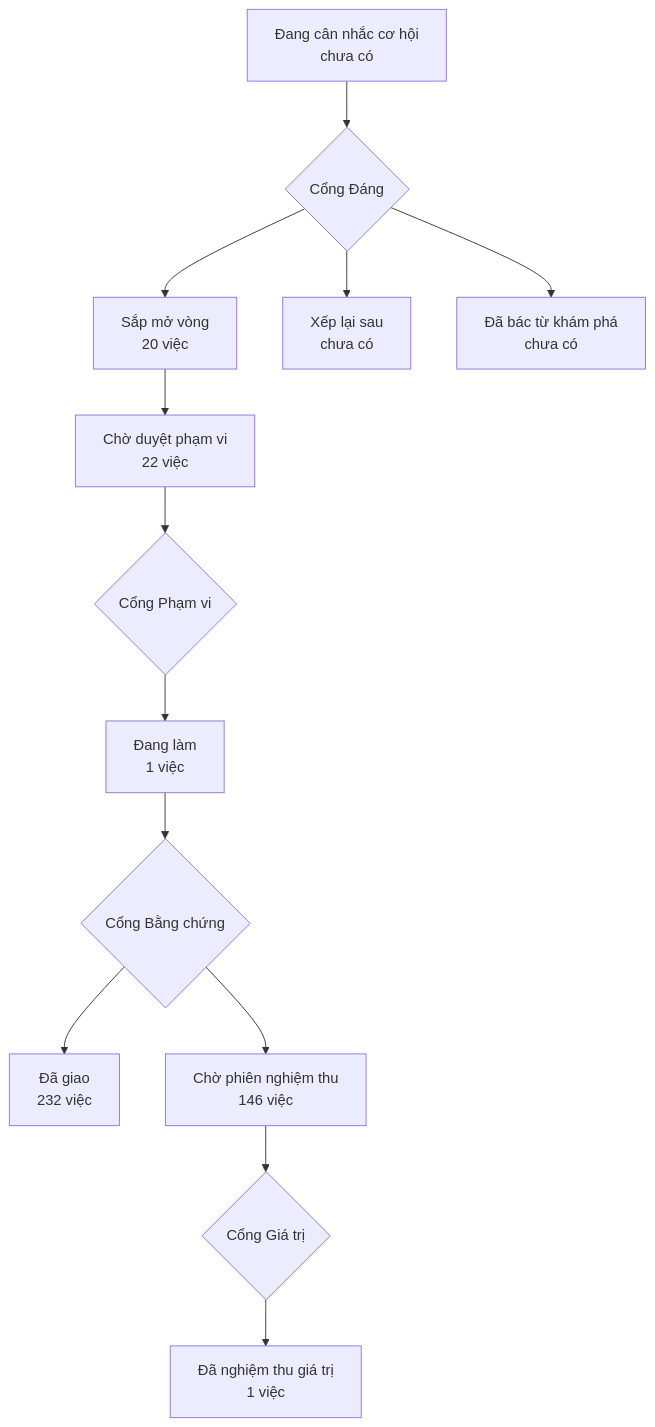
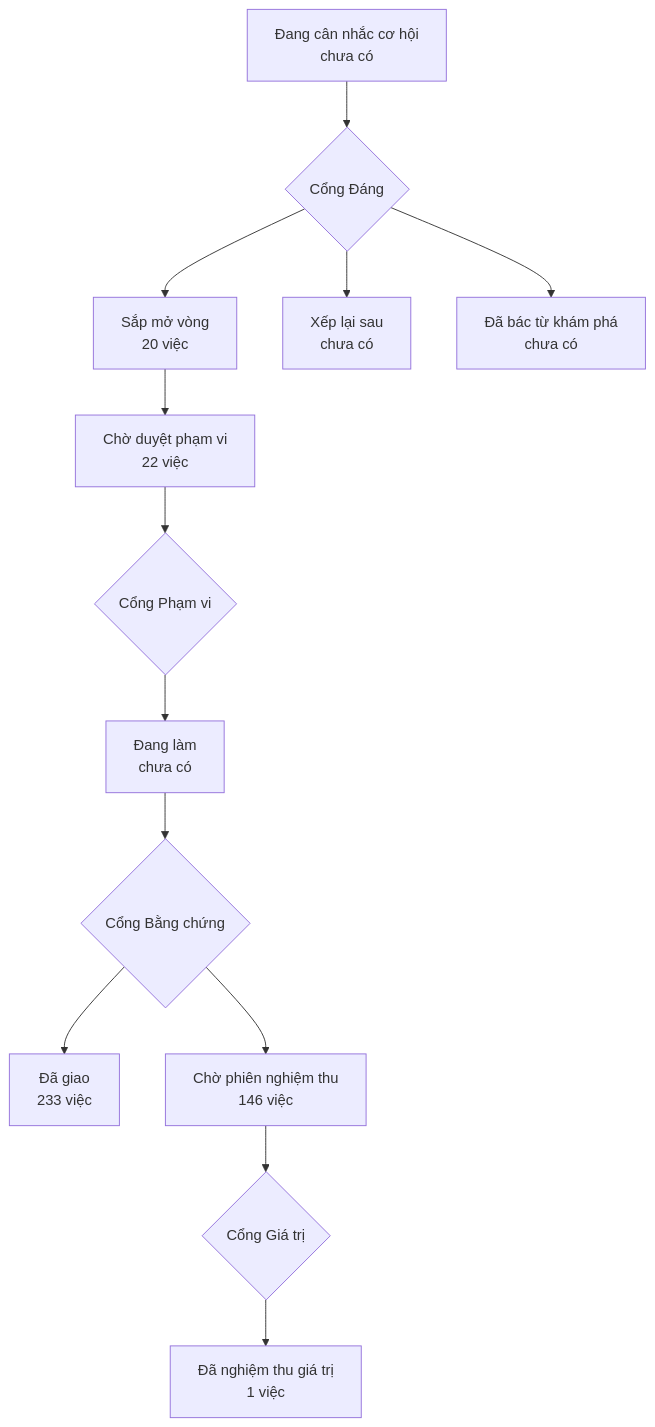
Before and after one commit to phanlemanh/onehub-invest: the diagram in PRODUCT-MAP.md, drawn with Mermaid. The commit also changed other lines of this file and 4 other files, not shown here.

````diff
--- a/PRODUCT-MAP.md
+++ b/PRODUCT-MAP.md
@@ -7,12 +7,12 @@
 ```mermaid
 flowchart TD
   A["Đang cân nhắc cơ hội<br/>chưa có"] --> GD{"Cổng Đáng"}
   GD --> B["Sắp mở vòng<br/>20 việc"]
   GD --> XL["Xếp lại sau<br/>chưa có"]
   GD --> DB["Đã bác từ khám phá<br/>chưa có"]
   B --> CD["Chờ duyệt phạm vi<br/>22 việc"] --> GP{"Cổng Phạm vi"}
-  GP --> DL["Đang làm<br/>1 việc"] --> GB{"Cổng Bằng chứng"}
-  GB --> DG["Đã giao<br/>232 việc"]
+  GP --> DL["Đang làm<br/>chưa có"] --> GB{"Cổng Bằng chứng"}
+  GB --> DG["Đã giao<br/>233 việc"]
   GB --> CN["Chờ phiên nghiệm thu<br/>146 việc"] --> GG{"Cổng Giá trị"}
   GG --> NT["Đã nghiệm thu giá trị<br/>1 việc"]
 ```
````
